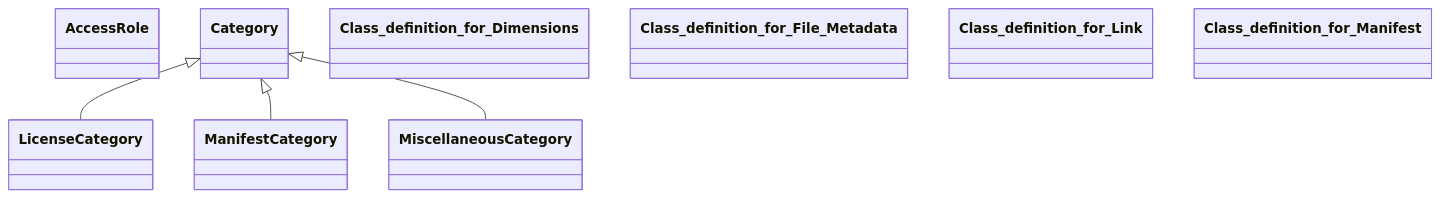
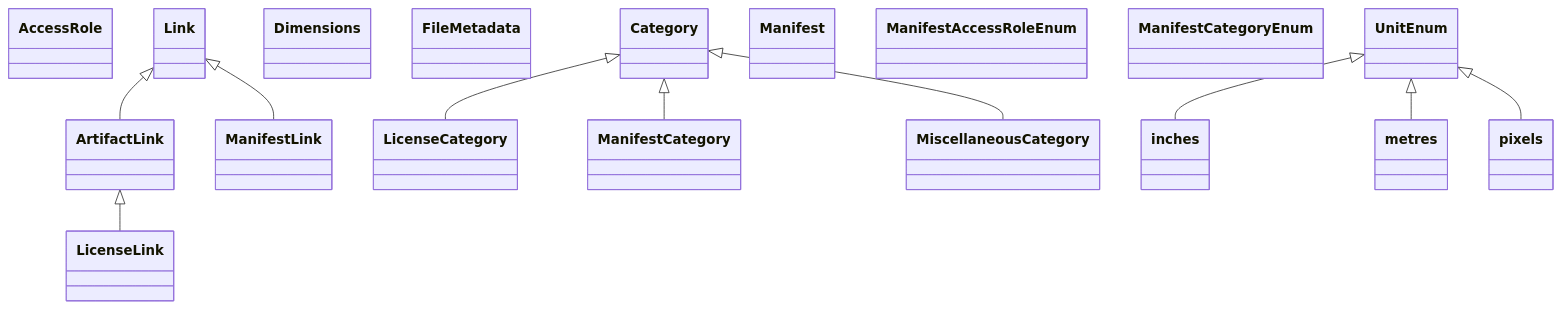
Before and after one commit to ASCS-eV/ontology-management-base: the diagram in artifacts/manifest/PROPERTIES.md, drawn with Mermaid. The commit also changed other lines of this file and 177 other files, not shown here.

````diff
--- a/artifacts/manifest/PROPERTIES.md
+++ b/artifacts/manifest/PROPERTIES.md
@@ -5,15 +5,30 @@
 ```mermaid
 classDiagram
 class AccessRole
+class ArtifactLink
 class Category
-class Class_definition_for_Dimensions
-class Class_definition_for_File_Metadata
-class Class_definition_for_Link
-class Class_definition_for_Manifest
+class Dimensions
+class FileMetadata
+class inches
 class LicenseCategory
+class LicenseLink
+class Link
+class Manifest
+class ManifestAccessRoleEnum
 class ManifestCategory
+class ManifestCategoryEnum
+class ManifestLink
+class metres
 class MiscellaneousCategory
+class pixels
+class UnitEnum
+Link <|-- ArtifactLink
 Category <|-- LicenseCategory
+ArtifactLink <|-- LicenseLink
 Category <|-- ManifestCategory
+Link <|-- ManifestLink
 Category <|-- MiscellaneousCategory
+UnitEnum <|-- inches
+UnitEnum <|-- metres
+UnitEnum <|-- pixels
 ```
````
